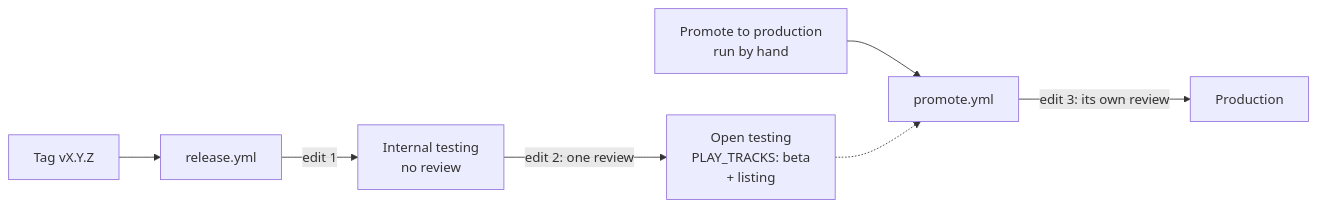
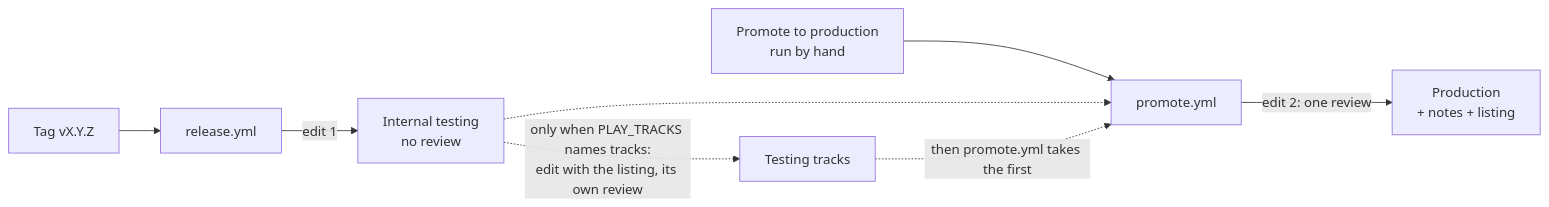
Before and after one commit to astrovm/crosstune: the diagram in CONTRIBUTING.md, drawn with Mermaid. The commit also changed other lines of this file and 6 other files, not shown here.

First line of the commit message:
ci(release): send releases from internal testing straight to production

````diff
--- a/CONTRIBUTING.md
+++ b/CONTRIBUTING.md
@@ -71,9 +71,10 @@
 ```mermaid
 flowchart LR
   tag[Tag vX.Y.Z] --> release[release.yml]
   release -->|edit 1| internal[Internal testing<br/>no review]
-  internal -->|edit 2: one review| testing[Open testing<br/>PLAY_TRACKS: beta<br/>+ listing]
   dispatch[Promote to production<br/>run by hand] --> promote[promote.yml]
-  testing -.-> promote
-  promote -->|edit 3: its own review| production[Production]
+  internal -.-> promote
+  promote -->|edit 2: one review| production[Production<br/>+ notes + listing]
+  internal -.->|only when PLAY_TRACKS names tracks:<br/>edit with the listing, its own review| testing[Testing tracks]
+  testing -.->|then promote.yml takes the first| promote
 ```
````
